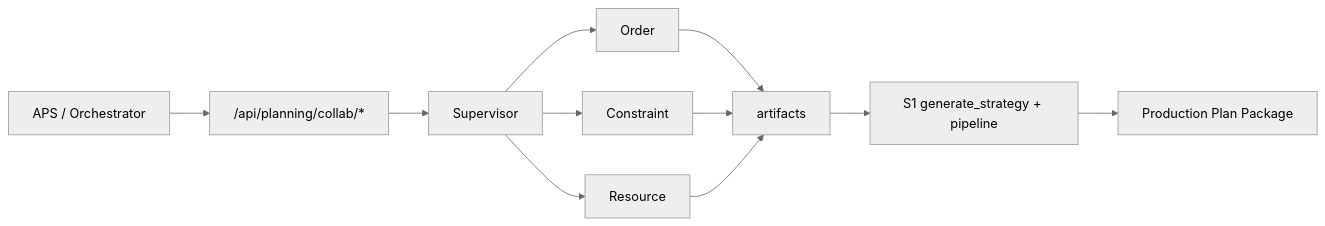
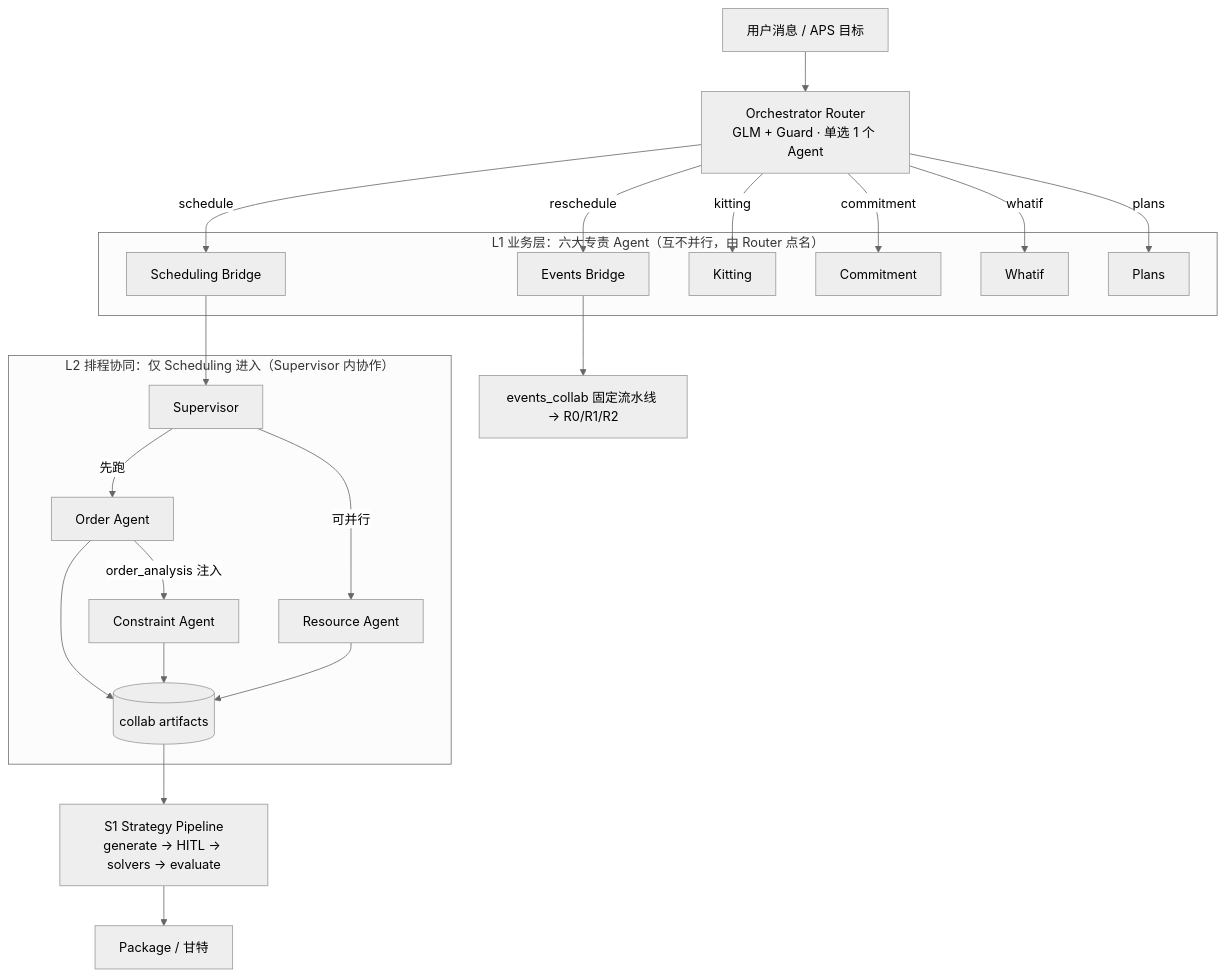
Before and after one commit to earlymessi/metaforge_agent: the seventh of 10 diagrams in README.md, drawn with Mermaid (neutral theme). The commit also changed other lines of this file and 4649 other files, not shown here.

````diff
--- a/README.md
+++ b/README.md
@@ -161,13 +275,38 @@
 ```mermaid
-flowchart LR
-    UI[APS / Orchestrator] --> COL["/api/planning/collab/*"]
-    COL --> SUP[Supervisor]
-    SUP --> O[Order]
-    SUP --> C[Constraint]
-    SUP --> R[Resource]
-    O --> ART[artifacts]
-    C --> ART
-    R --> ART
-    ART --> S1[S1 generate_strategy + pipeline]
-    S1 --> PKG[Production Plan Package]
+flowchart TB
+    U[用户消息 / APS 目标] --> ORCH[Orchestrator Router<br/>GLM + Guard · 单选 1 个 Agent]
+
+    subgraph L1["L1 业务层：六大专责 Agent（互不并行，由 Router 点名）"]
+      Sch[Scheduling Bridge]
+      Ev[Events Bridge]
+      Kit[Kitting]
+      Com[Commitment]
+      Wif[Whatif]
+      Pln[Plans]
+    end
+
+    ORCH -->|schedule| Sch
+    ORCH -->|reschedule| Ev
+    ORCH -->|kitting| Kit
+    ORCH -->|commitment| Com
+    ORCH -->|whatif| Wif
+    ORCH -->|plans| Pln
+
+    subgraph L2["L2 排程协同：仅 Scheduling 进入（Supervisor 内协作）"]
+      SUP[Supervisor]
+      Ord[Order Agent]
+      Con[Constraint Agent]
+      Res[Resource Agent]
+      SUP -->|先跑| Ord
+      Ord -->|order_analysis 注入| Con
+      SUP -->|可并行| Res
+      Ord --> ART[(collab artifacts)]
+      Con --> ART
+      Res --> ART
+    end
+
+    Sch --> SUP
+    ART --> S1[S1 Strategy Pipeline<br/>generate → HITL → solvers → evaluate]
+    S1 --> PKG[Package / 甘特]
+    Ev --> EP[events_collab 固定流水线 → R0/R1/R2]
 ```
````
